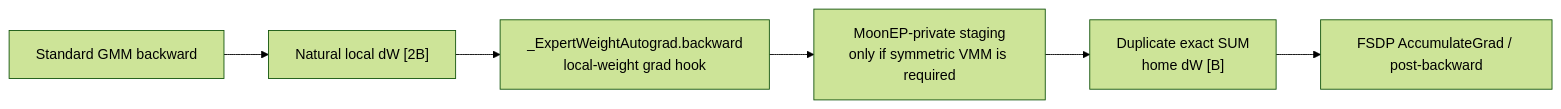
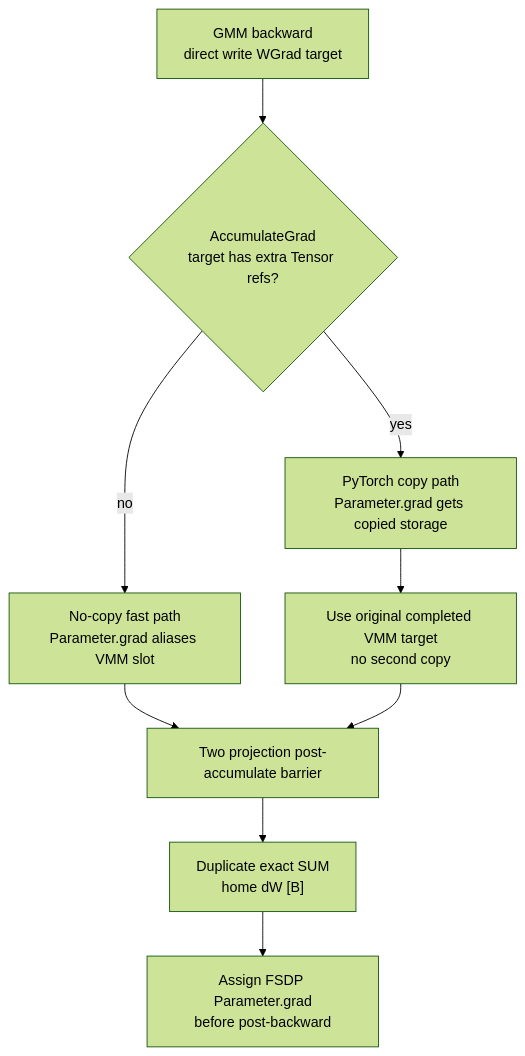
The third of 9 diagrams in xtuner_ep_extend.md (jayhenry/xtuner), drawn with Mermaid (forest theme) before and after one commit. The commit also changed other lines of this file and 17 other files, not shown here.

Commit message:
refactor(moonep): land parameter gradients without staging copy

````diff
--- a/xtuner_ep_extend.md
+++ b/xtuner_ep_extend.md
@@ -101,8 +103,11 @@
 ```mermaid
-flowchart LR
-    A["Standard GMM backward"] --> B["Natural local dW [2B]"]
-    B --> C["_ExpertWeightAutograd.backward<br/>local-weight grad hook"]
-    C --> D["MoonEP-private staging<br/>only if symmetric VMM is required"]
-    D --> E["Duplicate exact SUM<br/>home dW [B]"]
-    E --> F["FSDP AccumulateGrad / post-backward"]
+flowchart TD
+    A["GMM backward<br/>direct write WGrad target"] --> B{"AccumulateGrad<br/>target has extra Tensor refs?"}
+    B -- "no" --> C["No-copy fast path<br/>Parameter.grad aliases VMM slot"]
+    B -- "yes" --> D["PyTorch copy path<br/>Parameter.grad gets copied storage"]
+    D --> E["Use original completed VMM target<br/>no second copy"]
+    C --> F["Two projection post-accumulate barrier"]
+    E --> F
+    F --> G["Duplicate exact SUM<br/>home dW [B]"]
+    G --> H["Assign FSDP Parameter.grad<br/>before post-backward"]
 ```
````
